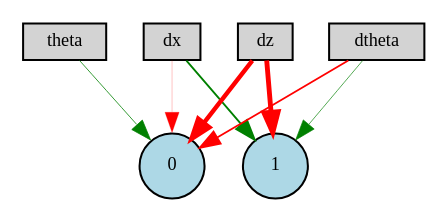
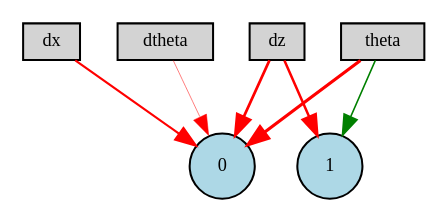
The diagram in winner-ctrnn-enabled.gv (benjaminkeltjens/BioInspiredDrone), drawn with Graphviz before and after one commit. The commit also changed 890 other files, not shown here.

```diff
--- a/winner-ctrnn-enabled.gv
+++ b/winner-ctrnn-enabled.gv
@@ -1,16 +1,15 @@
 digraph {
 	node [fontsize=9 height=0.2 shape=circle width=0.2]
 	dx [fillcolor=lightgray shape=box style=filled]
 	dz [fillcolor=lightgray shape=box style=filled]
 	theta [fillcolor=lightgray shape=box style=filled]
 	dtheta [fillcolor=lightgray shape=box style=filled]
 	0 [fillcolor=lightblue style=filled]
 	1 [fillcolor=lightblue style=filled]
-	dtheta -> 0 [color=red penwidth=0.8706889854885914 style=solid]
-	dz -> 0 [color=red penwidth=2.1582869536667757 style=solid]
-	dz -> 1 [color=red penwidth=2.4033227537733173 style=solid]
-	dx -> 1 [color=green penwidth=0.9168472948928575 style=solid]
-	dtheta -> 1 [color=green penwidth=0.3253177919965219 style=solid]
-	theta -> 0 [color=green penwidth=0.3859971516658207 style=solid]
-	dx -> 0 [color=red penwidth=0.12112591083480731 style=solid]
+	dtheta -> 0 [color=red penwidth=0.24846147039456754 style=solid]
+	theta -> 1 [color=green penwidth=0.7610584536551398 style=solid]
+	dz -> 0 [color=red penwidth=1.3110255168414464 style=solid]
+	dz -> 1 [color=red penwidth=1.22540178918227 style=solid]
+	dx -> 0 [color=red penwidth=1.0634198832385497 style=solid]
+	theta -> 0 [color=red penwidth=1.5505366864930372 style=solid]
 }
```
